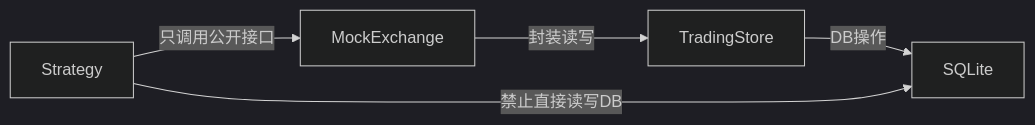
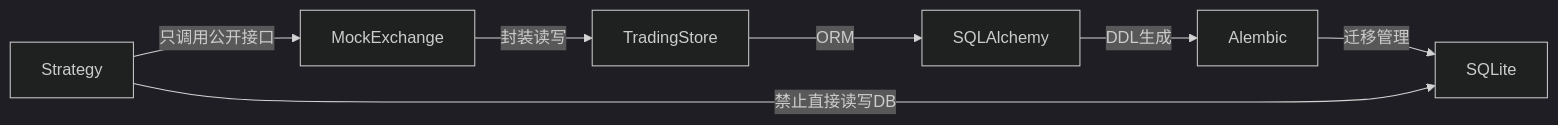
One commit to cqlwm/trading-service changed the third of 3 diagrams in AGENTS.md. Above: the diagram before and after it, drawn with Mermaid (dark theme). The commit also changed other lines of this file and 19 other files, not shown here.

Commit message:
- SQLAlchemy 2.0 + Alembic

````diff
--- a/AGENTS.md
+++ b/AGENTS.md
@@ -218,8 +245,10 @@
 ```mermaid
 graph LR
     Strategy -->|只调用公开接口| MockExchange
     MockExchange -->|封装读写| TradingStore
-    TradingStore -->|DB操作| SQLite
+    TradingStore -->|ORM| SQLAlchemy
+    SQLAlchemy -->|DDL生成| Alembic
+    Alembic -->|迁移管理| SQLite
 
     Strategy -->|禁止直接读写DB| SQLite
 ```
````
